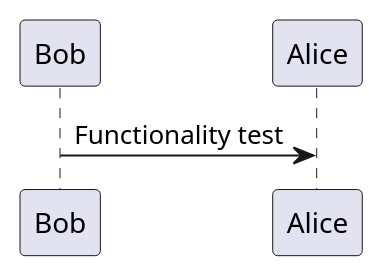
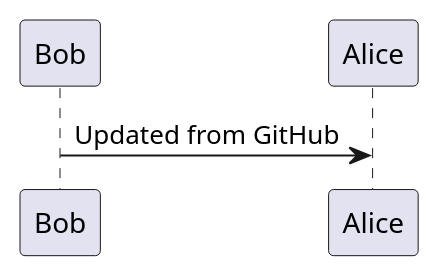
One commit to kbxtremethoughts/plantuml-test changed the diagram in test.puml. Above: the diagram before and after it, drawn with PlantUML.

Commit message:
Update message in test.puml from GitHub

```diff
--- a/test.puml
+++ b/test.puml
@@ -1,3 +1,3 @@
 @startuml
-Bob -> Alice: Functionality test
+Bob -> Alice: Updated from GitHub
 @enduml
```
